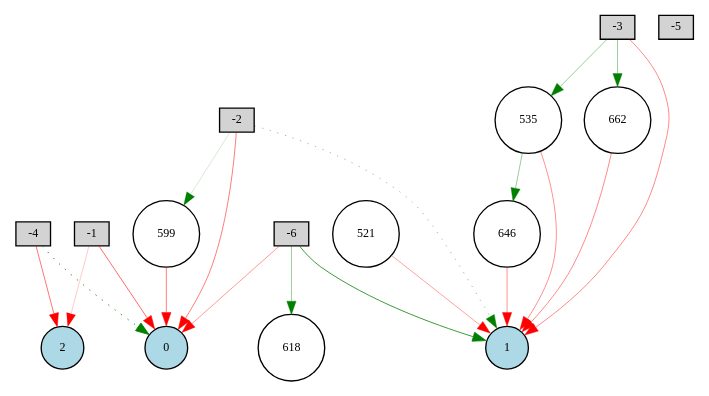
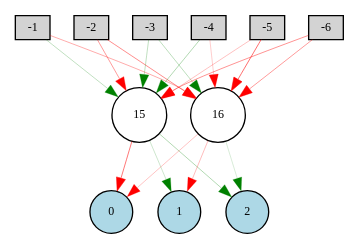
The diagram in Digraph.gv (p4ngui/f1autodrive), drawn with Graphviz before and after one commit. The commit also changed 44 other files, not shown here.

```diff
--- a/Digraph.gv
+++ b/Digraph.gv
@@ -1,37 +1,32 @@
 digraph {
 	node [fontsize=9 height=0.2 shape=circle width=0.2]
 	-1 [fillcolor=lightgray shape=box style=filled]
 	-2 [fillcolor=lightgray shape=box style=filled]
 	-3 [fillcolor=lightgray shape=box style=filled]
 	-4 [fillcolor=lightgray shape=box style=filled]
 	-5 [fillcolor=lightgray shape=box style=filled]
 	-6 [fillcolor=lightgray shape=box style=filled]
 	0 [fillcolor=lightblue style=filled]
 	1 [fillcolor=lightblue style=filled]
 	2 [fillcolor=lightblue style=filled]
-	599 [fillcolor=white style=filled]
-	646 [fillcolor=white style=filled]
-	521 [fillcolor=white style=filled]
-	618 [fillcolor=white style=filled]
-	662 [fillcolor=white style=filled]
-	535 [fillcolor=white style=filled]
-	-1 -> 0 [color=red penwidth=0.442931599925693 style=solid]
-	-1 -> 2 [color=red penwidth=0.15558685840730457 style=solid]
-	-2 -> 0 [color=red penwidth=0.3946709560660068 style=solid]
-	-2 -> 1 [color=green penwidth=0.3283485362173151 style=dotted]
-	-3 -> 1 [color=red penwidth=0.3527298222443508 style=solid]
-	-4 -> 0 [color=green penwidth=0.6617542514674793 style=dotted]
-	-4 -> 2 [color=red penwidth=0.41279552024041877 style=solid]
-	-6 -> 0 [color=red penwidth=0.3048898714860443 style=solid]
-	-6 -> 1 [color=green penwidth=0.5803068709831909 style=solid]
-	521 -> 1 [color=red penwidth=0.283149888574735 style=solid]
-	-3 -> 535 [color=green penwidth=0.30000000000000004 style=solid]
-	535 -> 1 [color=red penwidth=0.32710851023651943 style=solid]
-	-2 -> 599 [color=green penwidth=0.13336652221628456 style=solid]
-	599 -> 0 [color=red penwidth=0.3946709560660068 style=solid]
-	-6 -> 618 [color=green penwidth=0.30000000000000004 style=solid]
-	535 -> 646 [color=green penwidth=0.30000000000000004 style=solid]
-	646 -> 1 [color=red penwidth=0.32710851023651943 style=solid]
-	-3 -> 662 [color=green penwidth=0.30000000000000004 style=solid]
-	662 -> 1 [color=red penwidth=0.3527298222443508 style=solid]
+	15 [fillcolor=white style=filled]
+	16 [fillcolor=white style=filled]
+	-1 -> 15 [color=green penwidth=0.18850710399988124 style=solid]
+	-1 -> 16 [color=red penwidth=0.2528112488909877 style=solid]
+	-2 -> 15 [color=red penwidth=0.2976088262861548 style=solid]
+	-2 -> 16 [color=red penwidth=0.33803017940481905 style=solid]
+	-3 -> 15 [color=green penwidth=0.18658391936350271 style=solid]
+	-3 -> 16 [color=green penwidth=0.20410923539956688 style=solid]
+	-4 -> 15 [color=green penwidth=0.232012568863192 style=solid]
+	-4 -> 16 [color=red penwidth=0.15225973709448096 style=solid]
+	-5 -> 15 [color=red penwidth=0.188126473780449 style=solid]
+	-5 -> 16 [color=red penwidth=0.428349599732312 style=solid]
+	-6 -> 15 [color=red penwidth=0.32388100241194606 style=solid]
+	-6 -> 16 [color=red penwidth=0.304115687160988 style=solid]
+	15 -> 0 [color=red penwidth=0.4005128207903631 style=solid]
+	15 -> 1 [color=green penwidth=0.14806859086288543 style=solid]
+	15 -> 2 [color=green penwidth=0.23257538632232666 style=solid]
+	16 -> 0 [color=red penwidth=0.1803984370698581 style=solid]
+	16 -> 1 [color=red penwidth=0.19826852239675186 style=solid]
+	16 -> 2 [color=green penwidth=0.11968313692873944 style=solid]
 }
```
